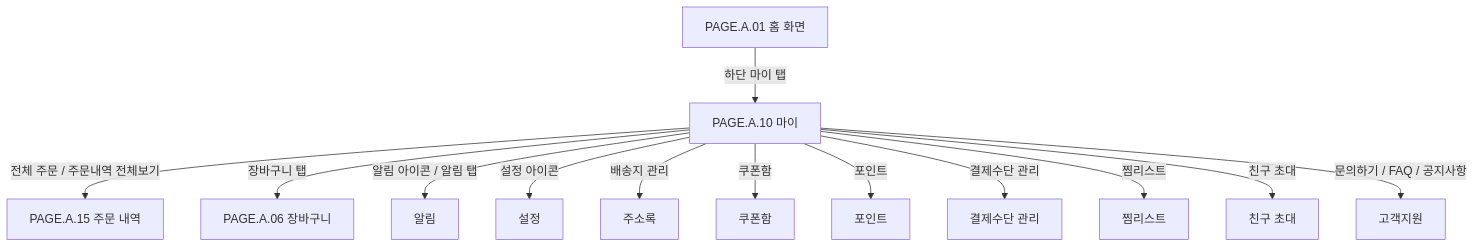
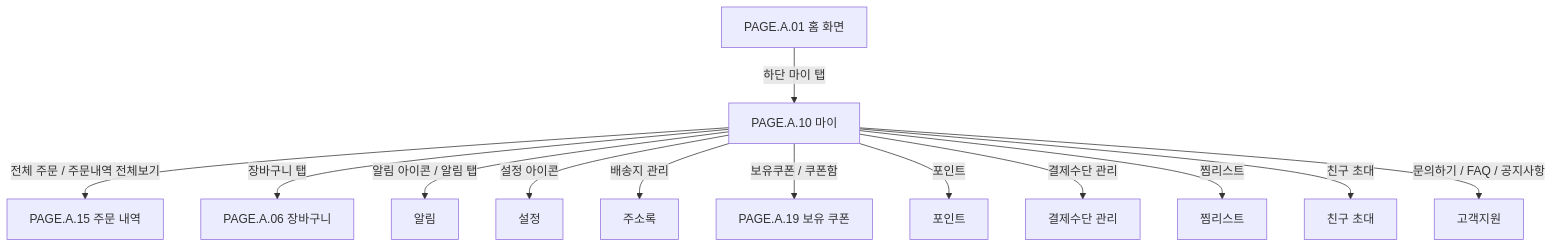
The diagram in blueprint/10-sitemap/PAGE_A_10_my.md (Medikong/archive), drawn with Mermaid before and after one commit. The commit also changed other lines of this file and 9 other files, not shown here.

Commit message:
docs: add coupon wallet blueprint

````diff
--- a/blueprint/10-sitemap/PAGE_A_10_my.md
+++ b/blueprint/10-sitemap/PAGE_A_10_my.md
@@ -43,33 +43,34 @@
 ```mermaid
 flowchart TD
     Home["PAGE.A.01 홈 화면"]
     My["PAGE.A.10 마이"]
     Cart["PAGE.A.06 장바구니"]
     OrderHistory["PAGE.A.15 주문 내역"]
     Notification["알림"]
     Settings["설정"]
     AddressBook["주소록"]
-    CouponBox["쿠폰함"]
+    CouponBox["PAGE.A.19 보유 쿠폰"]
     Point["포인트"]
     PaymentMethod["결제수단 관리"]
     Wishlist["찜리스트"]
     Invite["친구 초대"]
     Support["고객지원"]
 
     Home -->|"하단 마이 탭"| My
     My -->|"전체 주문 / 주문내역 전체보기"| OrderHistory
     My -->|"장바구니 탭"| Cart
     My -->|"알림 아이콘 / 알림 탭"| Notification
     My -->|"설정 아이콘"| Settings
     My -->|"배송지 관리"| AddressBook
-    My -->|"쿠폰함"| CouponBox
+    My -->|"보유쿠폰 / 쿠폰함"| CouponBox
     My -->|"포인트"| Point
     My -->|"결제수단 관리"| PaymentMethod
     My -->|"찜리스트"| Wishlist
     My -->|"친구 초대"| Invite
     My -->|"문의하기 / FAQ / 공지사항"| Support
 
     click Home "./PAGE_A_01_homepage.md"
     click Cart "./PAGE_A_06_shopping_cart.md"
     click OrderHistory "./PAGE_A_15_order_history.md"
+    click CouponBox "./PAGE_A_19_coupon_wallet/PAGE_A_19_owned_coupon.md"
 ```
````
